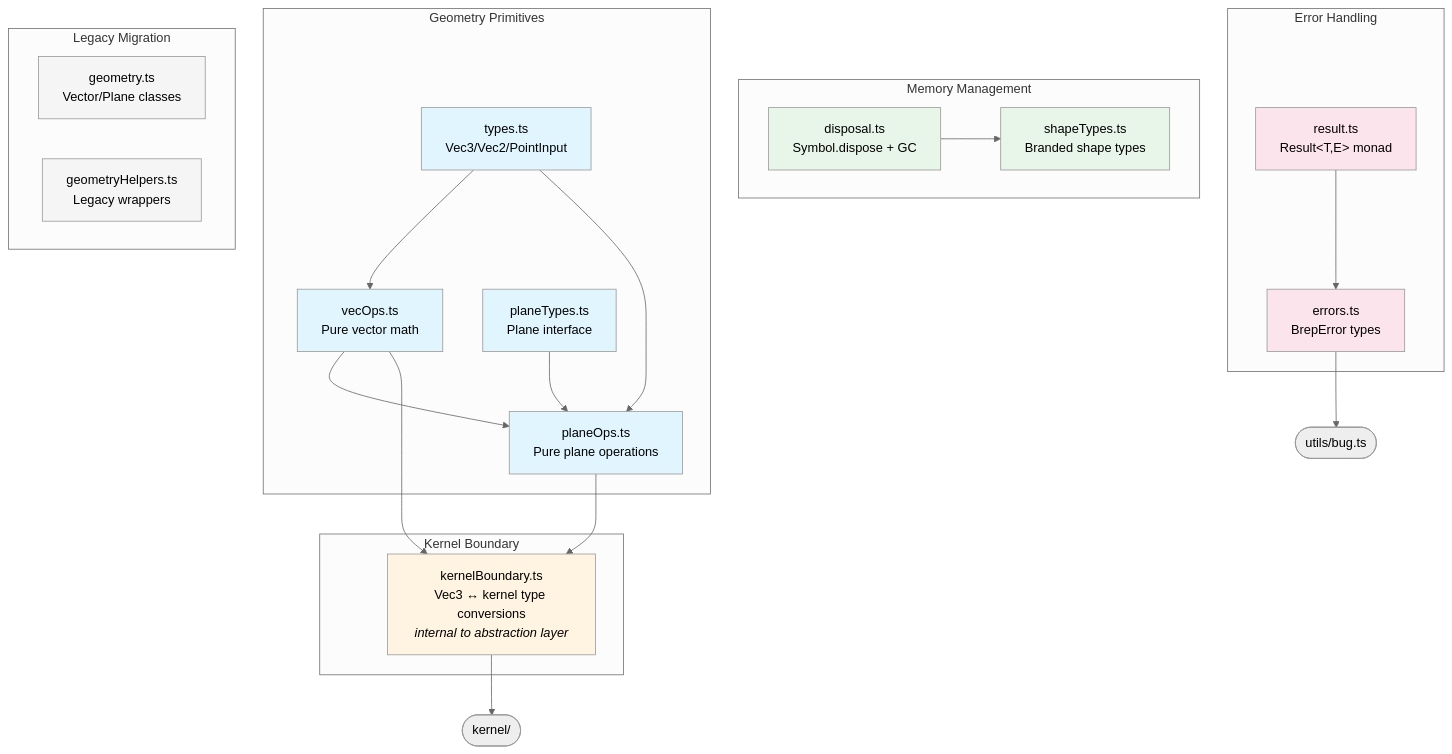
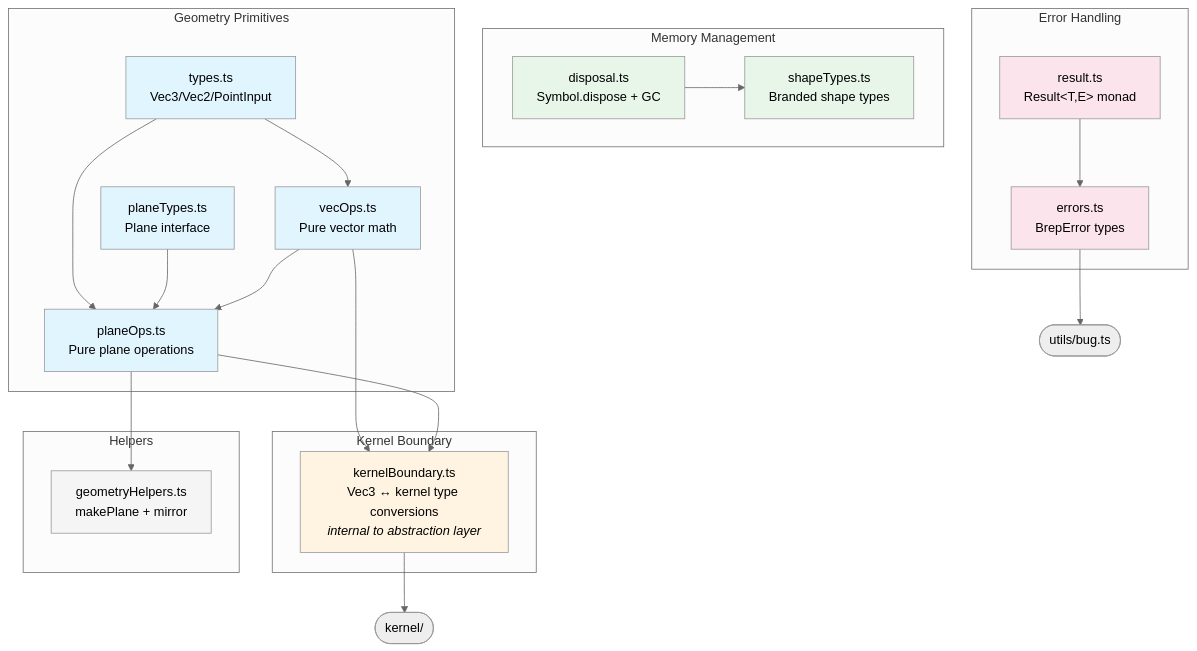
The diagram in src/core/README.md (ehtick/brepjs), drawn with Mermaid (neutral theme) before and after one commit. The commit also changed other lines of this file and 18 other files, not shown here.

````diff
--- a/src/core/README.md
+++ b/src/core/README.md
@@ -7,51 +7,50 @@
 ```mermaid
 graph TB
     subgraph "Geometry Primitives"
         types[types.ts<br/>Vec3/Vec2/PointInput]
         vecOps[vecOps.ts<br/>Pure vector math]
         planeTypes[planeTypes.ts<br/>Plane interface]
         planeOps[planeOps.ts<br/>Pure plane operations]
     end
 
     subgraph "Kernel Boundary"
         kernelBoundary[kernelBoundary.ts<br/>Vec3 ↔ kernel type conversions<br/><i>internal to abstraction layer</i>]
     end
 
     subgraph "Memory Management"
         disposal[disposal.ts<br/>Symbol.dispose + GC]
         shapeTypes[shapeTypes.ts<br/>Branded shape types]
     end
 
     subgraph "Error Handling"
         result[result.ts<br/>Result&lt;T,E&gt; monad]
         errors[errors.ts<br/>BrepError types]
     end
 
-    subgraph "Legacy Migration"
-        geometry[geometry.ts<br/>Vector/Plane classes]
-        geometryHelpers[geometryHelpers.ts<br/>Legacy wrappers]
+    subgraph "Helpers"
+        geometryHelpers[geometryHelpers.ts<br/>makePlane + mirror]
     end
 
     types --> vecOps
     types --> planeOps
     planeTypes --> planeOps
     vecOps --> planeOps
     vecOps --> kernelBoundary
     planeOps --> kernelBoundary
+    planeOps --> geometryHelpers
     kernelBoundary --> kernel([kernel/])
     disposal --> shapeTypes
     result --> errors
     errors --> utils([utils/bug.ts])
 
     style types fill:#e1f5ff
     style vecOps fill:#e1f5ff
     style planeTypes fill:#e1f5ff
     style planeOps fill:#e1f5ff
     style kernelBoundary fill:#fff4e1
     style disposal fill:#e8f5e9
     style shapeTypes fill:#e8f5e9
     style result fill:#fce4ec
     style errors fill:#fce4ec
-    style geometry fill:#f5f5f5
     style geometryHelpers fill:#f5f5f5
 ```
````
